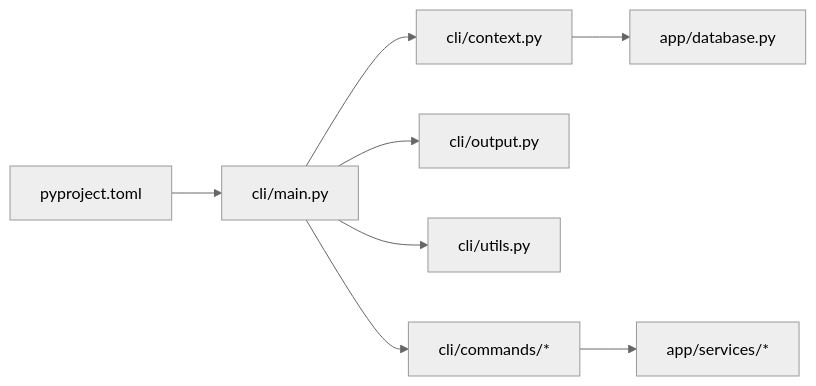
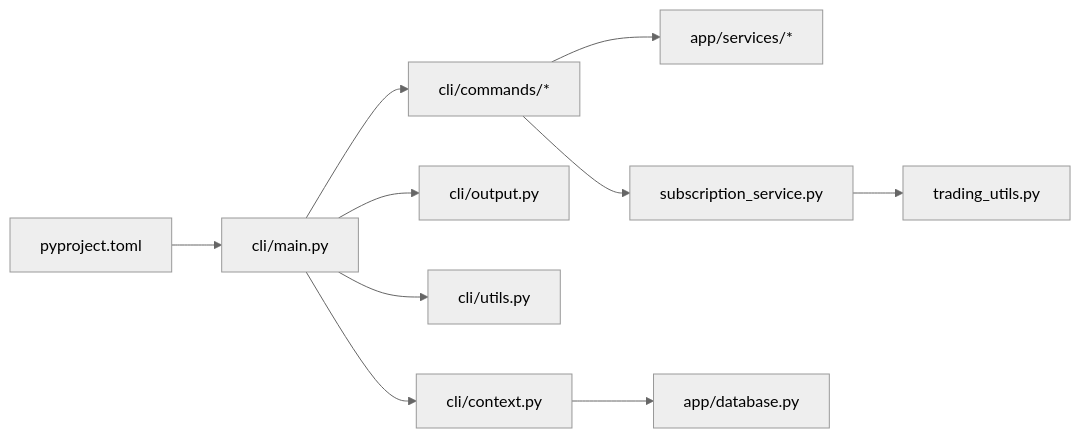
Before and after one commit to gujialind/InvestRing: the ninth of 9 diagrams in .qoder/repowiki/zh/content/开发指南/InvestRing Admin CLI 工具.md, drawn with Mermaid (neutral theme). The commit also changed other lines of this file and 39 other files, not shown here.

````diff
--- a/.qoder/repowiki/zh/content/开发指南/InvestRing Admin CLI 工具.md
+++ b/.qoder/repowiki/zh/content/开发指南/InvestRing Admin CLI 工具.md
@@ -299,10 +371,12 @@
 ```mermaid
 graph LR
 Main["cli/main.py"] --> Ctx["cli/context.py"]
 Main --> Out["cli/output.py"]
 Main --> Utils["cli/utils.py"]
 Main --> Cmds["cli/commands/*"]
 Cmds --> Services["app/services/*"]
+Cmds --> SubSvc["subscription_service.py"]
 Ctx --> DB["app/database.py"]
 PyProj["pyproject.toml"] --> Main
+SubSvc --> TradingUtils["trading_utils.py"]
 ```
````
